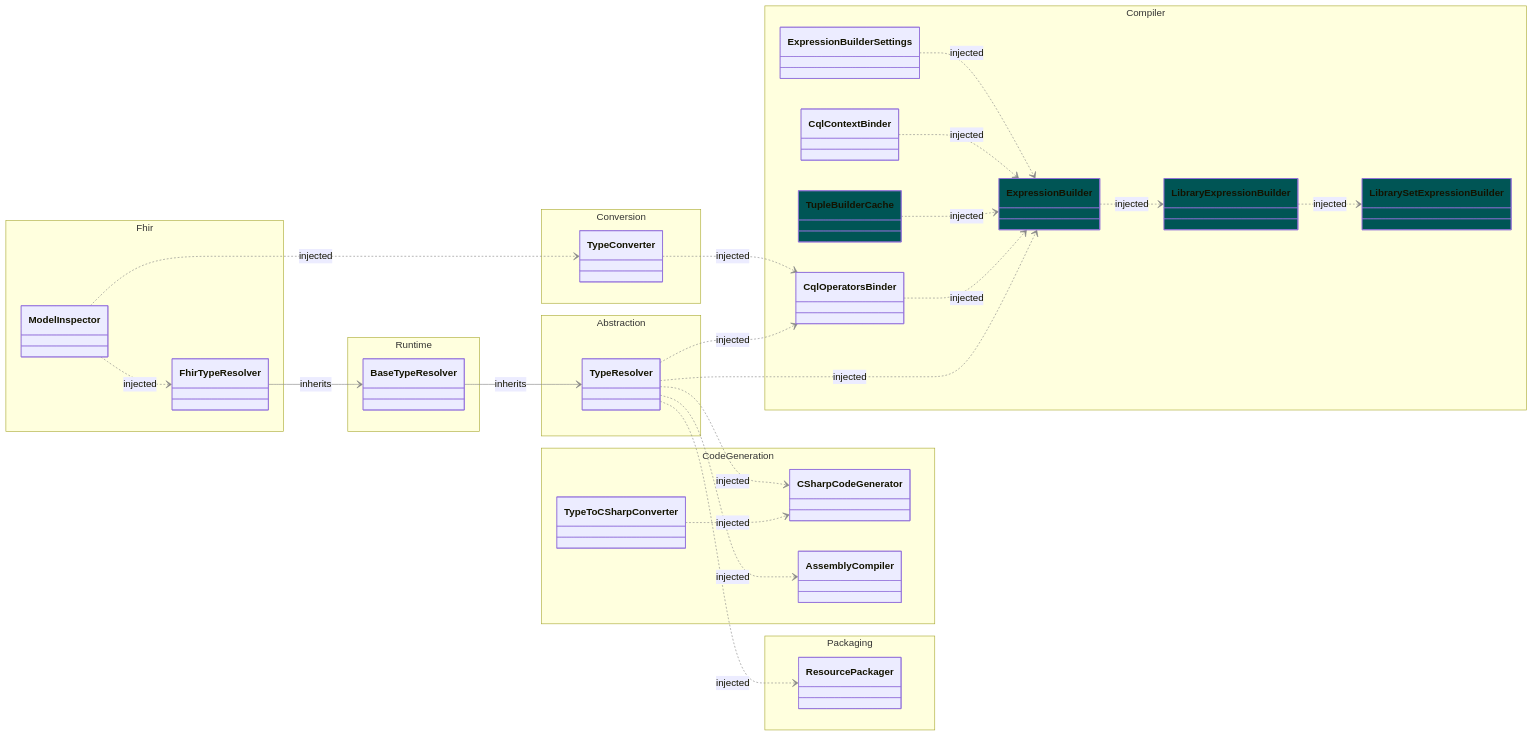
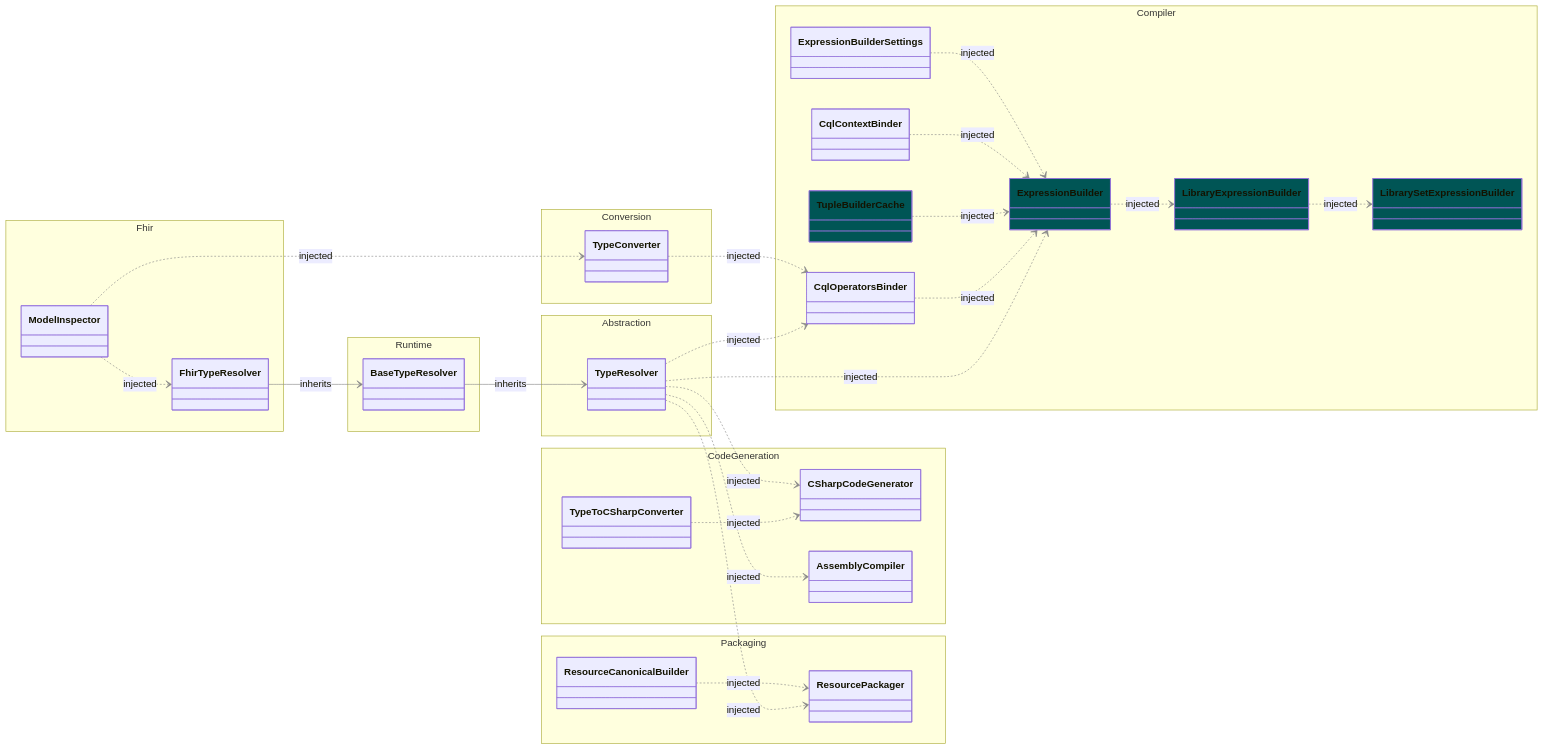
One commit to FirelyTeam/firely-cql-sdk changed the diagram in docs/packager-cli-dependency-graph.md. Above: the diagram before and after it, drawn with Mermaid. The commit also changed 6 other files, not shown here.

Commit message:
Change ResourceCanonicalBuilder from class to delegate. Update dependency diagram

````diff
--- a/docs/packager-cli-dependency-graph.md
+++ b/docs/packager-cli-dependency-graph.md
@@ -38,6 +38,7 @@
 
     namespace Packaging {
         class ResourcePackager { }
+        class ResourceCanonicalBuilder {}
     }
 
     namespace Abstraction {
@@ -94,4 +95,5 @@
     TypeResolver ..> AssemblyCompiler : injected
 
     TypeResolver ..> ResourcePackager : injected
+    ResourceCanonicalBuilder ..> ResourcePackager : injected
 ```
````
